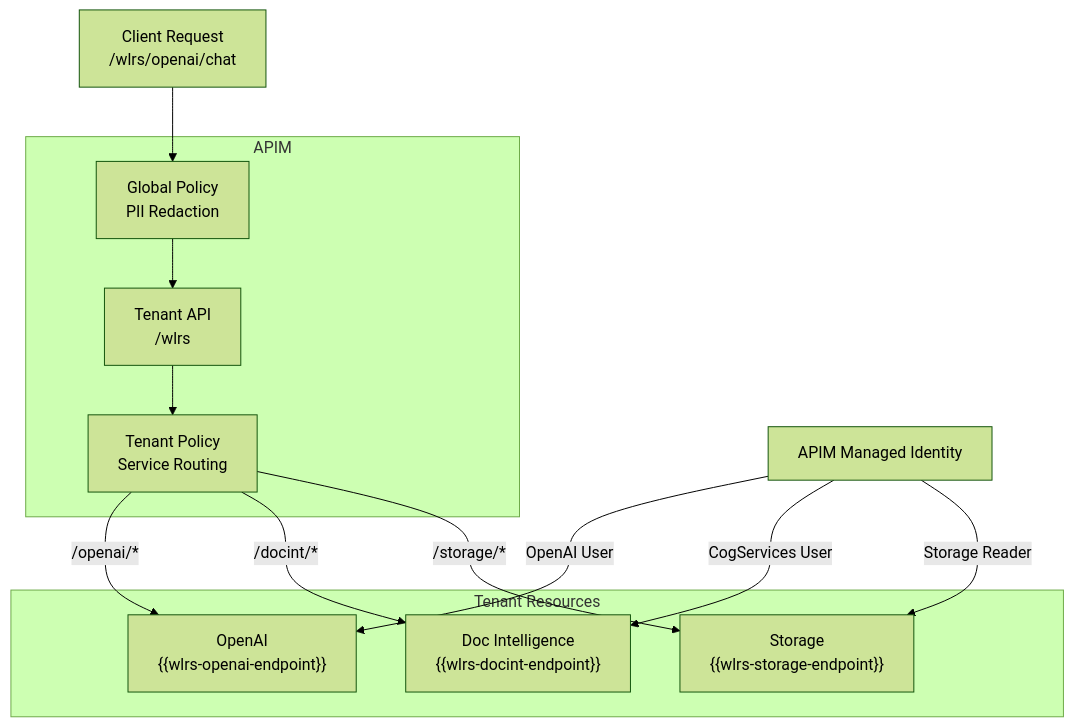
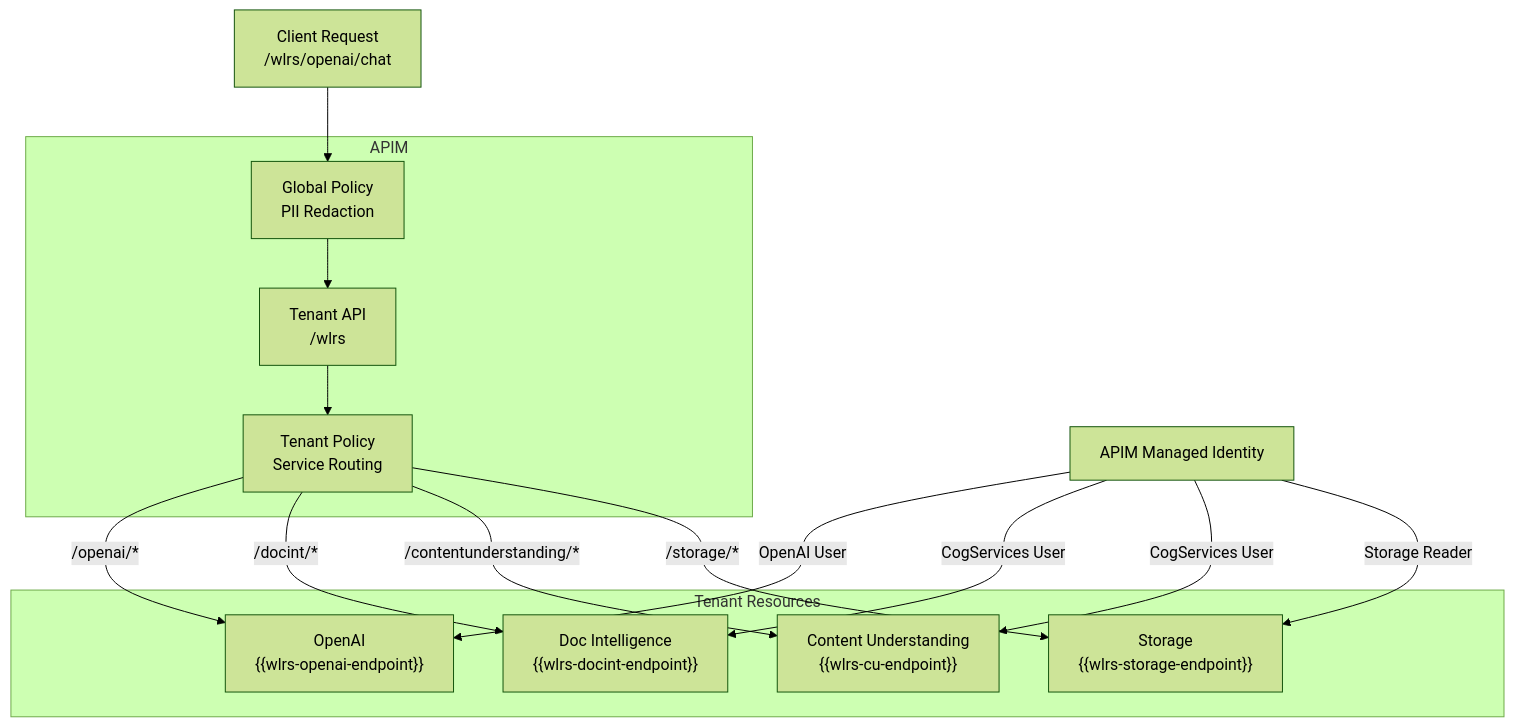
The seventh of 11 diagrams in infra-ai-hub/README.md (bcgov/ai-hub-tracking), drawn with Mermaid (forest theme) before and after one commit. The commit also changed other lines of this file and 78 other files, not shown here.

````diff
--- a/infra-ai-hub/README.md
+++ b/infra-ai-hub/README.md
@@ -423,28 +460,31 @@
 ```mermaid
 flowchart TB
     CLIENT["Client Request<br/>/wlrs/openai/chat"]
     
     subgraph "APIM"
         GP["Global Policy<br/>PII Redaction"]
         API["Tenant API<br/>/wlrs"]
         POLICY["Tenant Policy<br/>Service Routing"]
     end
     
     subgraph "Tenant Resources"
         OAI["OpenAI<br/>{{wlrs-openai-endpoint}}"]
         DOCINT["Doc Intelligence<br/>{{wlrs-docint-endpoint}}"]
+        CU["Content Understanding<br/>{{wlrs-cu-endpoint}}"]
         STG["Storage<br/>{{wlrs-storage-endpoint}}"]
     end
     
     CLIENT --> GP
     GP --> API
     API --> POLICY
     POLICY -->|/openai/*| OAI
     POLICY -->|/docint/*| DOCINT
+    POLICY -->|/contentunderstanding/*| CU
     POLICY -->|/storage/*| STG
     
     APIM_ID["APIM Managed Identity"]
     APIM_ID -->|OpenAI User| OAI
     APIM_ID -->|CogServices User| DOCINT
+    APIM_ID -->|CogServices User| CU
     APIM_ID -->|Storage Reader| STG
 ```
````
